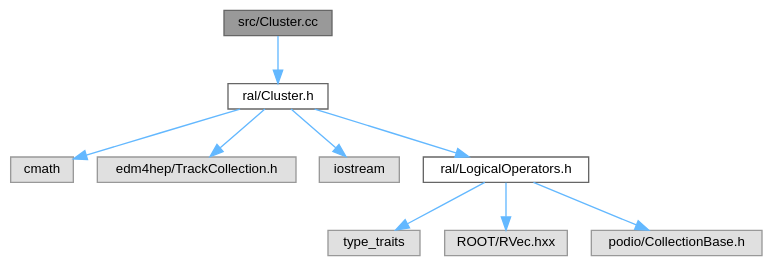
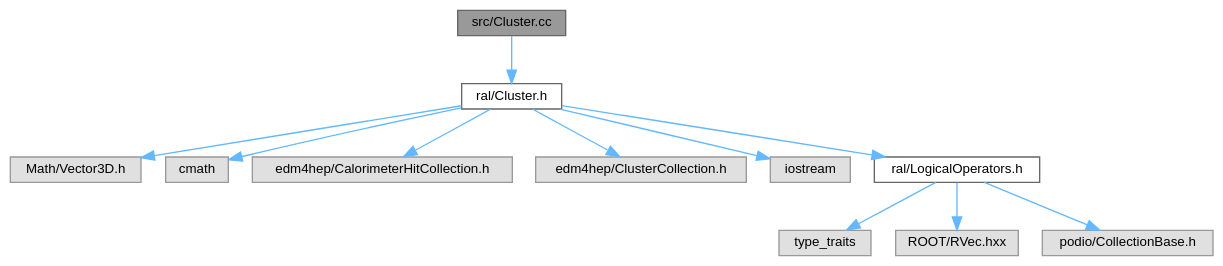
The diagram in docs/Cluster_8cc__incl.dot (Juanki0396/ral), drawn with Graphviz before and after one commit. The commit also changed 58 other files, not shown here.

```diff
--- a/docs/Cluster_8cc__incl.dot
+++ b/docs/Cluster_8cc__incl.dot
@@ -1,24 +1,28 @@
 digraph "src/Cluster.cc"
 {
  // LATEX_PDF_SIZE
   bgcolor="transparent";
   edge [fontname=Helvetica,fontsize=10,labelfontname=Helvetica,labelfontsize=10];
   node [fontname=Helvetica,fontsize=10,shape=box,height=0.2,width=0.4];
   Node1 [id="Node000001",label="src/Cluster.cc",height=0.2,width=0.4,color="gray40", fillcolor="grey60", style="filled", fontcolor="black",tooltip=" "];
   Node1 -> Node2 [id="edge1_Node000001_Node000002",color="steelblue1",style="solid",tooltip=" "];
   Node2 [id="Node000002",label="ral/Cluster.h",height=0.2,width=0.4,color="grey40", fillcolor="white", style="filled",URL="$Cluster_8h.html",tooltip=" "];
   Node2 -> Node3 [id="edge2_Node000002_Node000003",color="steelblue1",style="solid",tooltip=" "];
-  Node3 [id="Node000003",label="cmath",height=0.2,width=0.4,color="grey60", fillcolor="#E0E0E0", style="filled",tooltip=" "];
+  Node3 [id="Node000003",label="Math/Vector3D.h",height=0.2,width=0.4,color="grey60", fillcolor="#E0E0E0", style="filled",tooltip=" "];
   Node2 -> Node4 [id="edge3_Node000002_Node000004",color="steelblue1",style="solid",tooltip=" "];
-  Node4 [id="Node000004",label="edm4hep/TrackCollection.h",height=0.2,width=0.4,color="grey60", fillcolor="#E0E0E0", style="filled",tooltip=" "];
+  Node4 [id="Node000004",label="cmath",height=0.2,width=0.4,color="grey60", fillcolor="#E0E0E0", style="filled",tooltip=" "];
   Node2 -> Node5 [id="edge4_Node000002_Node000005",color="steelblue1",style="solid",tooltip=" "];
-  Node5 [id="Node000005",label="iostream",height=0.2,width=0.4,color="grey60", fillcolor="#E0E0E0", style="filled",tooltip=" "];
+  Node5 [id="Node000005",label="edm4hep/CalorimeterHitCollection.h",height=0.2,width=0.4,color="grey60", fillcolor="#E0E0E0", style="filled",tooltip=" "];
   Node2 -> Node6 [id="edge5_Node000002_Node000006",color="steelblue1",style="solid",tooltip=" "];
-  Node6 [id="Node000006",label="ral/LogicalOperators.h",height=0.2,width=0.4,color="grey40", fillcolor="white", style="filled",URL="$LogicalOperators_8h.html",tooltip=" "];
-  Node6 -> Node7 [id="edge6_Node000006_Node000007",color="steelblue1",style="solid",tooltip=" "];
-  Node7 [id="Node000007",label="type_traits",height=0.2,width=0.4,color="grey60", fillcolor="#E0E0E0", style="filled",tooltip=" "];
-  Node6 -> Node8 [id="edge7_Node000006_Node000008",color="steelblue1",style="solid",tooltip=" "];
-  Node8 [id="Node000008",label="ROOT/RVec.hxx",height=0.2,width=0.4,color="grey60", fillcolor="#E0E0E0", style="filled",tooltip=" "];
-  Node6 -> Node9 [id="edge8_Node000006_Node000009",color="steelblue1",style="solid",tooltip=" "];
-  Node9 [id="Node000009",label="podio/CollectionBase.h",height=0.2,width=0.4,color="grey60", fillcolor="#E0E0E0", style="filled",tooltip=" "];
+  Node6 [id="Node000006",label="edm4hep/ClusterCollection.h",height=0.2,width=0.4,color="grey60", fillcolor="#E0E0E0", style="filled",tooltip=" "];
+  Node2 -> Node7 [id="edge6_Node000002_Node000007",color="steelblue1",style="solid",tooltip=" "];
+  Node7 [id="Node000007",label="iostream",height=0.2,width=0.4,color="grey60", fillcolor="#E0E0E0", style="filled",tooltip=" "];
+  Node2 -> Node8 [id="edge7_Node000002_Node000008",color="steelblue1",style="solid",tooltip=" "];
+  Node8 [id="Node000008",label="ral/LogicalOperators.h",height=0.2,width=0.4,color="grey40", fillcolor="white", style="filled",URL="$LogicalOperators_8h.html",tooltip=" "];
+  Node8 -> Node9 [id="edge8_Node000008_Node000009",color="steelblue1",style="solid",tooltip=" "];
+  Node9 [id="Node000009",label="type_traits",height=0.2,width=0.4,color="grey60", fillcolor="#E0E0E0", style="filled",tooltip=" "];
+  Node8 -> Node10 [id="edge9_Node000008_Node000010",color="steelblue1",style="solid",tooltip=" "];
+  Node10 [id="Node000010",label="ROOT/RVec.hxx",height=0.2,width=0.4,color="grey60", fillcolor="#E0E0E0", style="filled",tooltip=" "];
+  Node8 -> Node11 [id="edge10_Node000008_Node000011",color="steelblue1",style="solid",tooltip=" "];
+  Node11 [id="Node000011",label="podio/CollectionBase.h",height=0.2,width=0.4,color="grey60", fillcolor="#E0E0E0", style="filled",tooltip=" "];
 }
```
